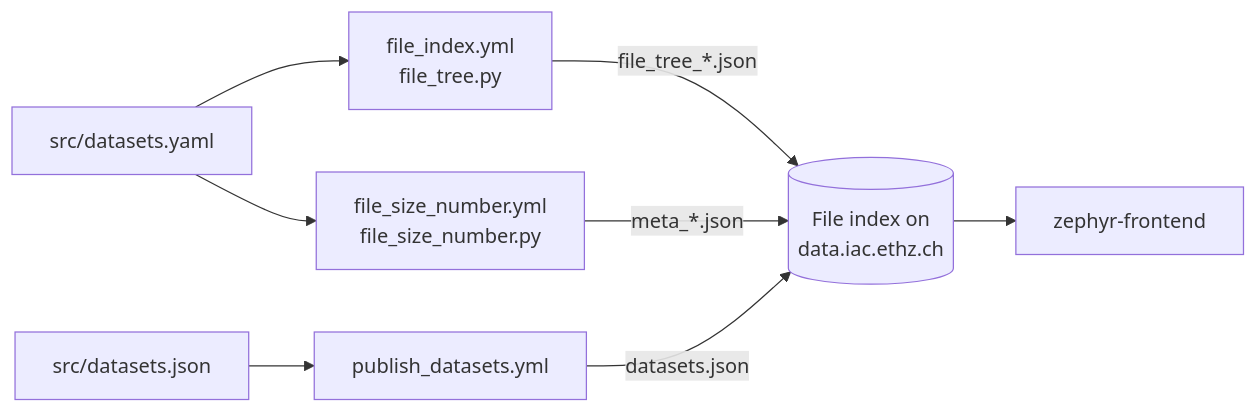
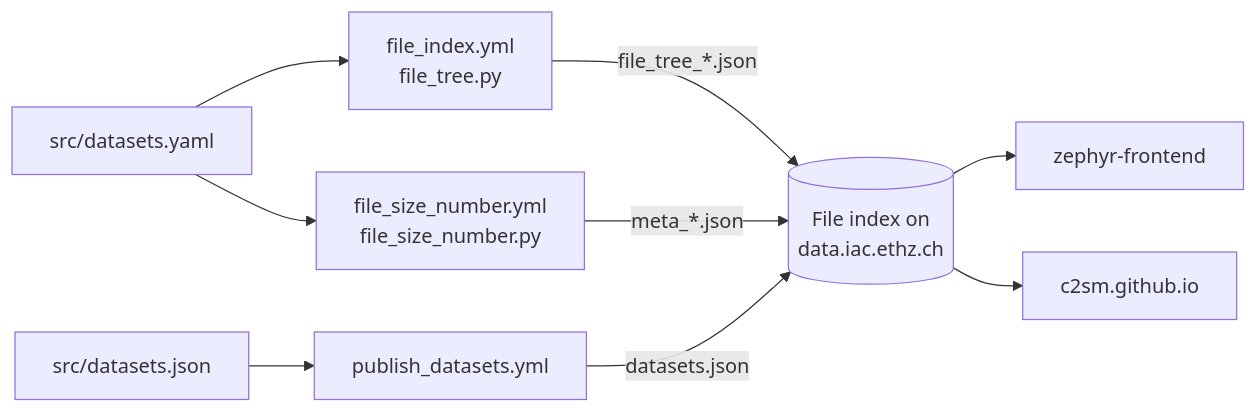
The diagram in README.md (C2SM/iac-metadata), drawn with Mermaid before and after one commit. The commit also changed other lines of this file, not shown here.

````diff
--- a/README.md
+++ b/README.md
@@ -22,10 +23,11 @@
 ```mermaid
 flowchart LR
     Y[src/datasets.yaml] --> FI[file_index.yml<br/>file_tree.py]
     Y --> FS[file_size_number.yml<br/>file_size_number.py]
     J[src/datasets.json] --> PD[publish_datasets.yml]
     FI -->|file_tree_*.json| IDX[(File index on<br/>data.iac.ethz.ch)]
     FS -->|meta_*.json| IDX
     PD -->|datasets.json| IDX
     IDX --> FE[zephyr-frontend]
+    IDX --> LP[c2sm.github.io]
 ```
````
